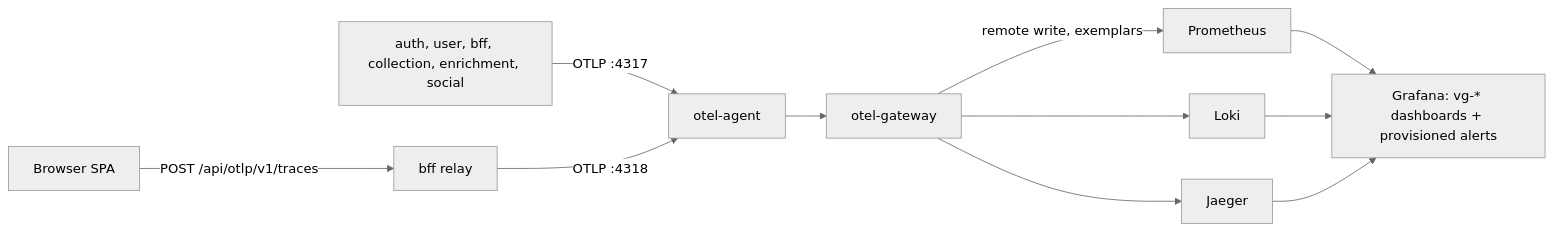
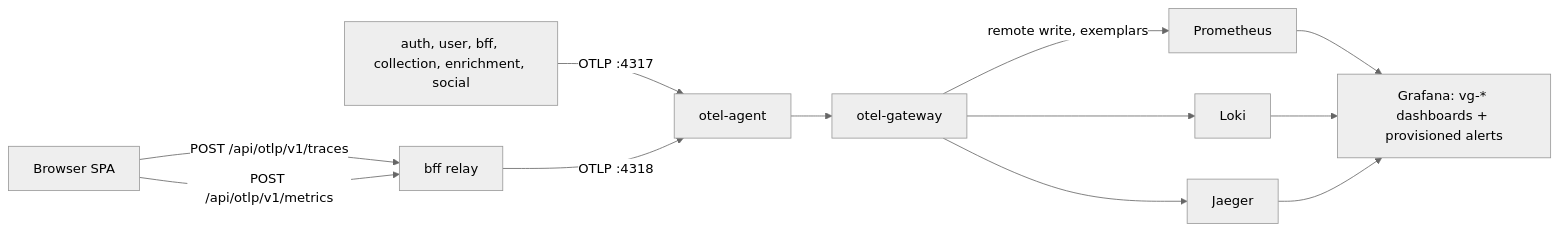
One commit to levonn-dev/vg-collect changed the second of 2 diagrams in docs/runbooks/stack.md. Above: the diagram before and after it, drawn with Mermaid (neutral theme). The commit also changed other lines of this file and 182 other files, not shown here.

````diff
--- a/docs/runbooks/stack.md
+++ b/docs/runbooks/stack.md
@@ -68,13 +68,14 @@
 ```mermaid
 graph LR
     svcs["auth, user, bff, collection, enrichment, social"] -->|"OTLP :4317"| agent[otel-agent]
     browser[Browser SPA] -->|"POST /api/otlp/v1/traces"| relay[bff relay]
+    browser -->|"POST /api/otlp/v1/metrics"| relay
     relay -->|"OTLP :4318"| agent
     agent --> gateway[otel-gateway]
     gateway -->|"remote write, exemplars"| prometheus[Prometheus]
     gateway --> loki[Loki]
     gateway --> jaeger[Jaeger]
     prometheus --> grafana["Grafana: vg-* dashboards + provisioned alerts"]
     loki --> grafana
     jaeger --> grafana
 ```
````
